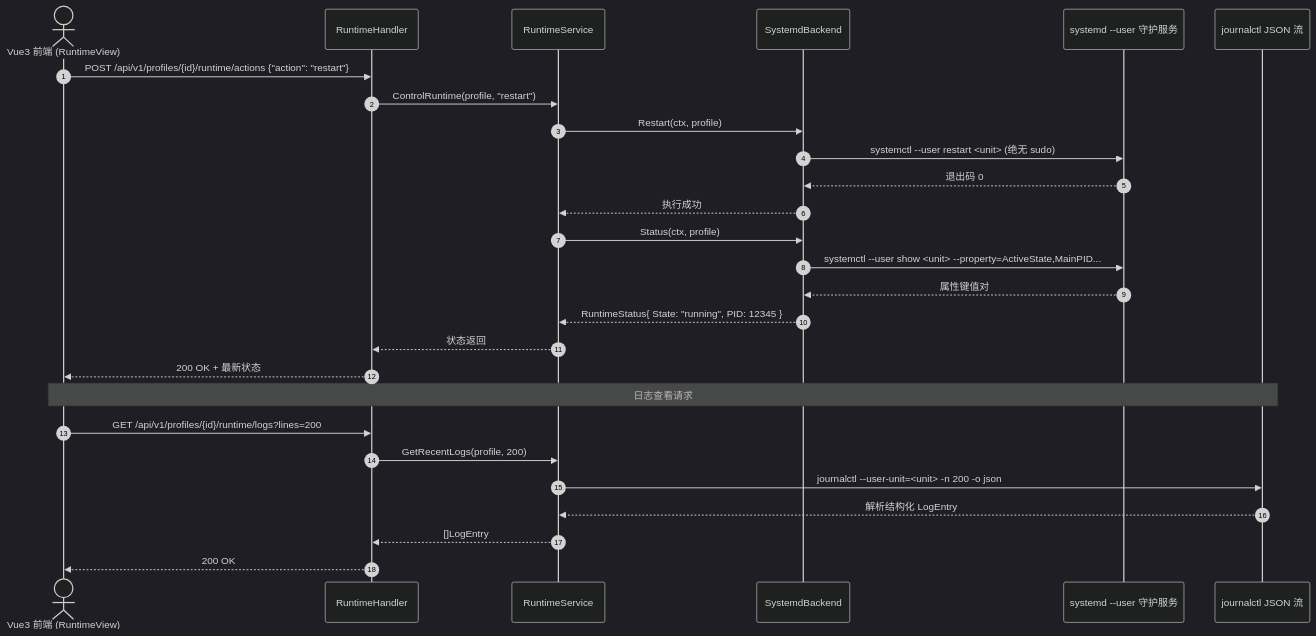
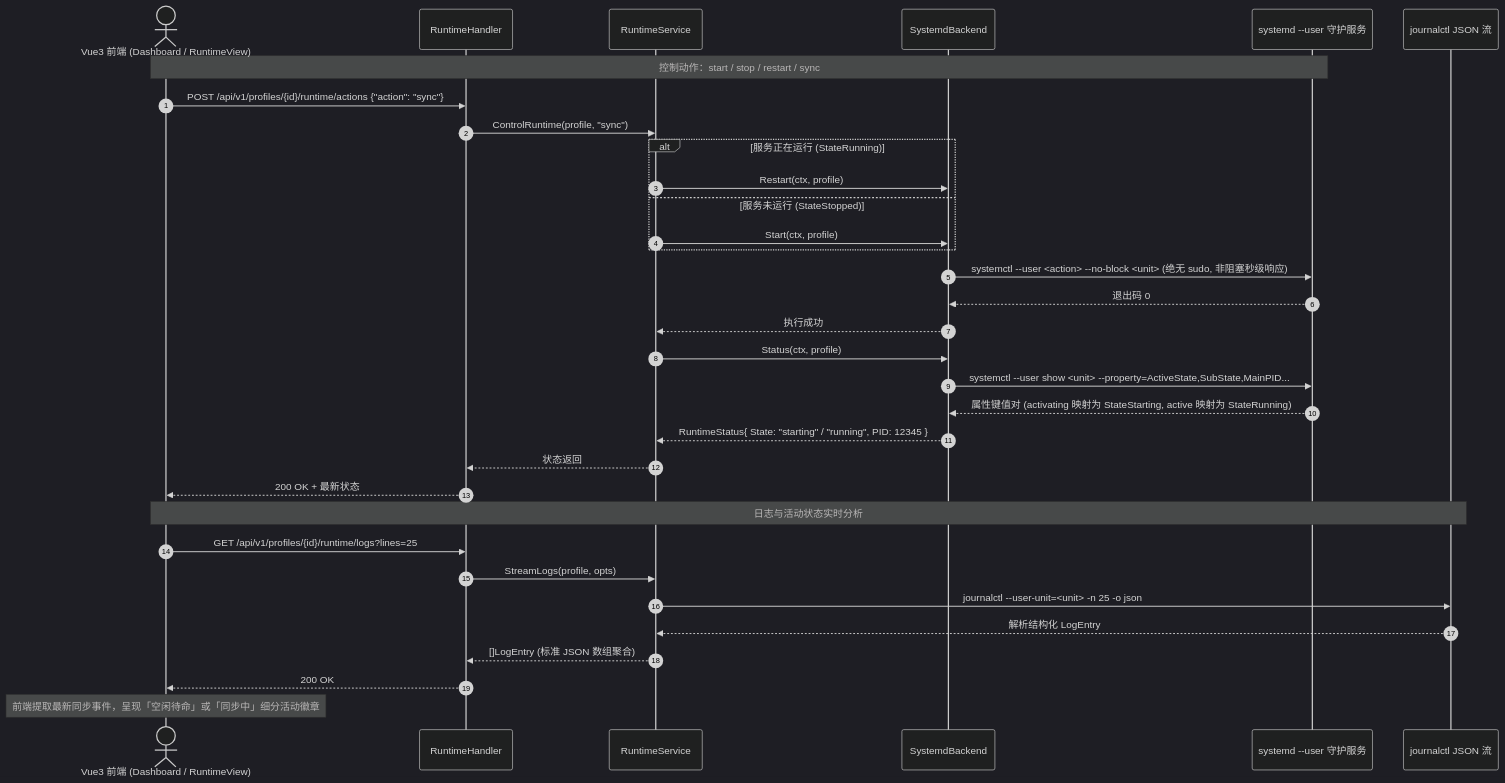
One commit to Yeecean/OneWeb changed the second of 3 diagrams in docs/codebase-map.md. Above: the diagram before and after it, drawn with Mermaid (dark theme). The commit also changed other lines of this file and 3 other files, not shown here.

Commit message:
docs: sync codebase map, user guide, and feature plan with latest project structure

````diff
--- a/docs/codebase-map.md
+++ b/docs/codebase-map.md
@@ -225,31 +232,37 @@
 ```mermaid
 sequenceDiagram
     autonumber
-    actor Web as Vue3 前端 (RuntimeView)
+    actor Web as Vue3 前端 (Dashboard / RuntimeView)
     participant RH as RuntimeHandler
     participant RS as RuntimeService
     participant SB as SystemdBackend
     participant Systemd as systemd --user 守护服务
     participant Journal as journalctl JSON 流
 
-    Web->>RH: POST /api/v1/profiles/{id}/runtime/actions {"action": "restart"}
-    RH->>RS: ControlRuntime(profile, "restart")
-    RS->>SB: Restart(ctx, profile)
-    SB->>Systemd: systemctl --user restart <unit> (绝无 sudo)
+    Note over Web,Systemd: 控制动作：start / stop / restart / sync
+    Web->>RH: POST /api/v1/profiles/{id}/runtime/actions {"action": "sync"}
+    RH->>RS: ControlRuntime(profile, "sync")
+    alt 服务正在运行 (StateRunning)
+        RS->>SB: Restart(ctx, profile)
+    else 服务未运行 (StateStopped)
+        RS->>SB: Start(ctx, profile)
+    end
+    SB->>Systemd: systemctl --user <action> --no-block <unit> (绝无 sudo, 非阻塞秒级响应)
     Systemd-->>SB: 退出码 0
     SB-->>RS: 执行成功
     RS->>SB: Status(ctx, profile)
-    SB->>Systemd: systemctl --user show <unit> --property=ActiveState,MainPID...
-    Systemd-->>SB: 属性键值对
-    SB-->>RS: RuntimeStatus{ State: "running", PID: 12345 }
+    SB->>Systemd: systemctl --user show <unit> --property=ActiveState,SubState,MainPID...
+    Systemd-->>SB: 属性键值对 (activating 映射为 StateStarting, active 映射为 StateRunning)
+    SB-->>RS: RuntimeStatus{ State: "starting" / "running", PID: 12345 }
     RS-->>RH: 状态返回
     RH-->>Web: 200 OK + 最新状态
 
-    Note over Web,Journal: 日志查看请求
-    Web->>RH: GET /api/v1/profiles/{id}/runtime/logs?lines=200
-    RH->>RS: GetRecentLogs(profile, 200)
-    RS->>Journal: journalctl --user-unit=<unit> -n 200 -o json
+    Note over Web,Journal: 日志与活动状态实时分析
+    Web->>RH: GET /api/v1/profiles/{id}/runtime/logs?lines=25
+    RH->>RS: StreamLogs(profile, opts)
+    RS->>Journal: journalctl --user-unit=<unit> -n 25 -o json
     Journal-->>RS: 解析结构化 LogEntry
-    RS-->>RH: []LogEntry
+    RS-->>RH: []LogEntry (标准 JSON 数组聚合)
     RH-->>Web: 200 OK
+    Note over Web: 前端提取最新同步事件，呈现「空闲待命」或「同步中」细分活动徽章
 ```
````
